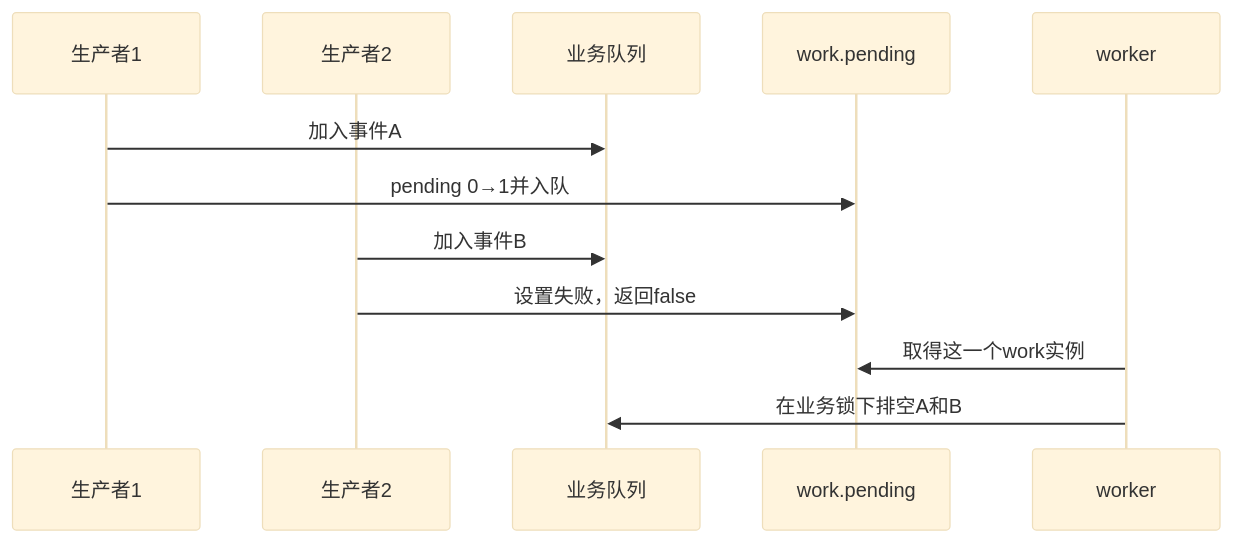
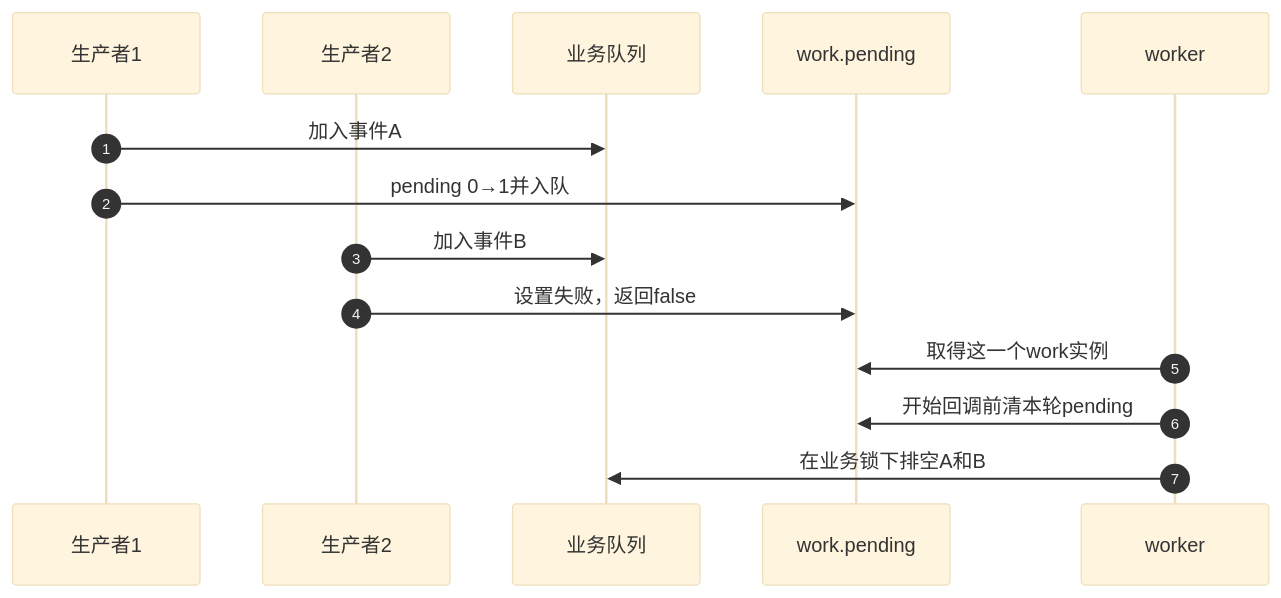
The second of 2 diagrams in knowledge/linux/synchronization_and_asynchrony/asynchrony/workqueue/P04_work投递激活与pending合并.md (FormingSystem/linux_note), drawn with Mermaid (base theme) before and after one commit. The commit also changed other lines of this file and 10 other files, not shown here.

````diff
--- a/knowledge/linux/synchronization_and_asynchrony/asynchrony/workqueue/P04_work投递激活与pending合并.md
+++ b/knowledge/linux/synchronization_and_asynchrony/asynchrony/workqueue/P04_work投递激活与pending合并.md
@@ -48,15 +56,17 @@
 ```mermaid
 sequenceDiagram
+    autonumber
     participant P1 as 生产者1
     participant P2 as 生产者2
     participant B as 业务队列
     participant W as work.pending
     participant K as worker
 
     P1->>B: 加入事件A
     P1->>W: pending 0→1并入队
     P2->>B: 加入事件B
     P2->>W: 设置失败，返回false
     K->>W: 取得这一个work实例
+    K->>W: 开始回调前清本轮pending
     K->>B: 在业务锁下排空A和B
 ```
````
